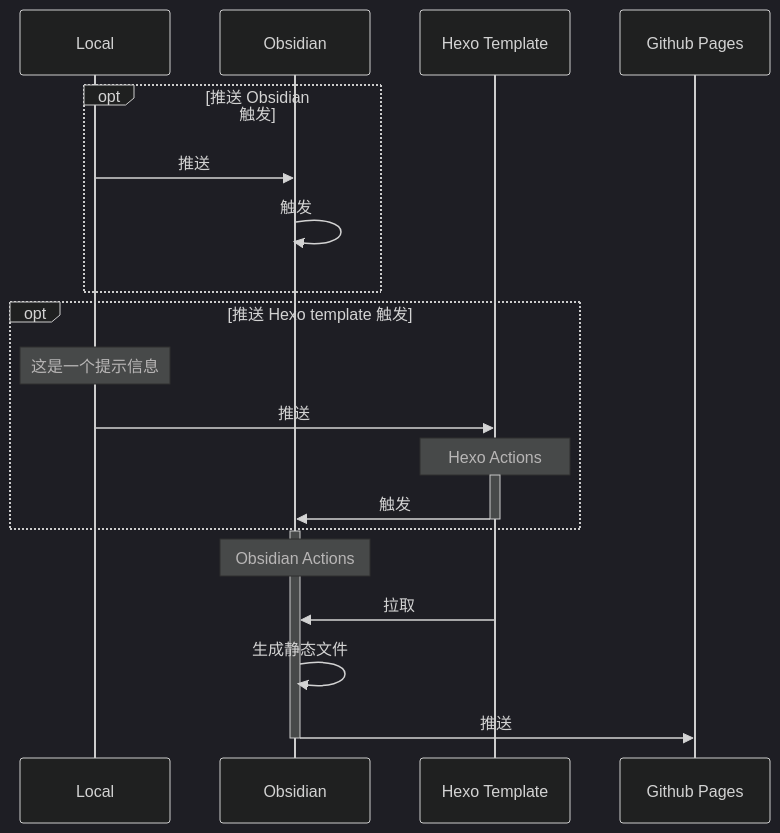
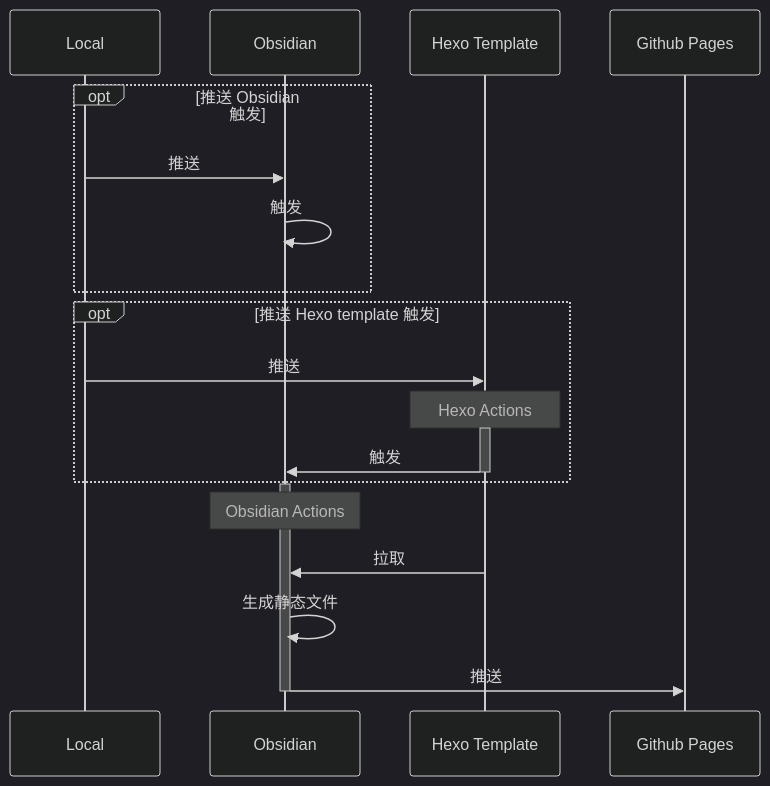
The diagram in 博客/Obsidian + Hexo + Github Pages + Github Actions 自动化部署博客.md (7zMonkey/Obsidian), drawn with Mermaid (dark theme) before and after one commit.

Commit message:
:rocket:backups: 2023-07-29 01:23:08
Affected files:
博客/Obsidian + Hexo + Github Pages + Github Actions 自动化部署博客.md

````diff
--- a/博客/Obsidian + Hexo + Github Pages + Github Actions 自动化部署博客.md
+++ b/博客/Obsidian + Hexo + Github Pages + Github Actions 自动化部署博客.md
@@ -9,25 +9,24 @@
 ```mermaid
 sequenceDiagram
 participant Local as Local
 participant Obsidian as Obsidian
 participant Hexo as Hexo Template
 participant Github as Github Pages
 opt 推送 Obsidian 触发
 	Local->>Obsidian:推送
 	Obsidian->>Obsidian: 触发
 end
 opt 推送 Hexo template 触发
-	Note over Local: 这是一个提示信息
 	Local->>Hexo: 推送
 	Note over Hexo: Hexo Actions
 	activate Hexo
 	Hexo->>Obsidian: 触发
 	deactivate Hexo
 end
 activate Obsidian
 Note over Obsidian: Obsidian Actions
 Hexo->>Obsidian: 拉取
 Obsidian->>Obsidian:生成静态文件
 Obsidian->>Github:推送
 deactivate Obsidian
 ```
````
